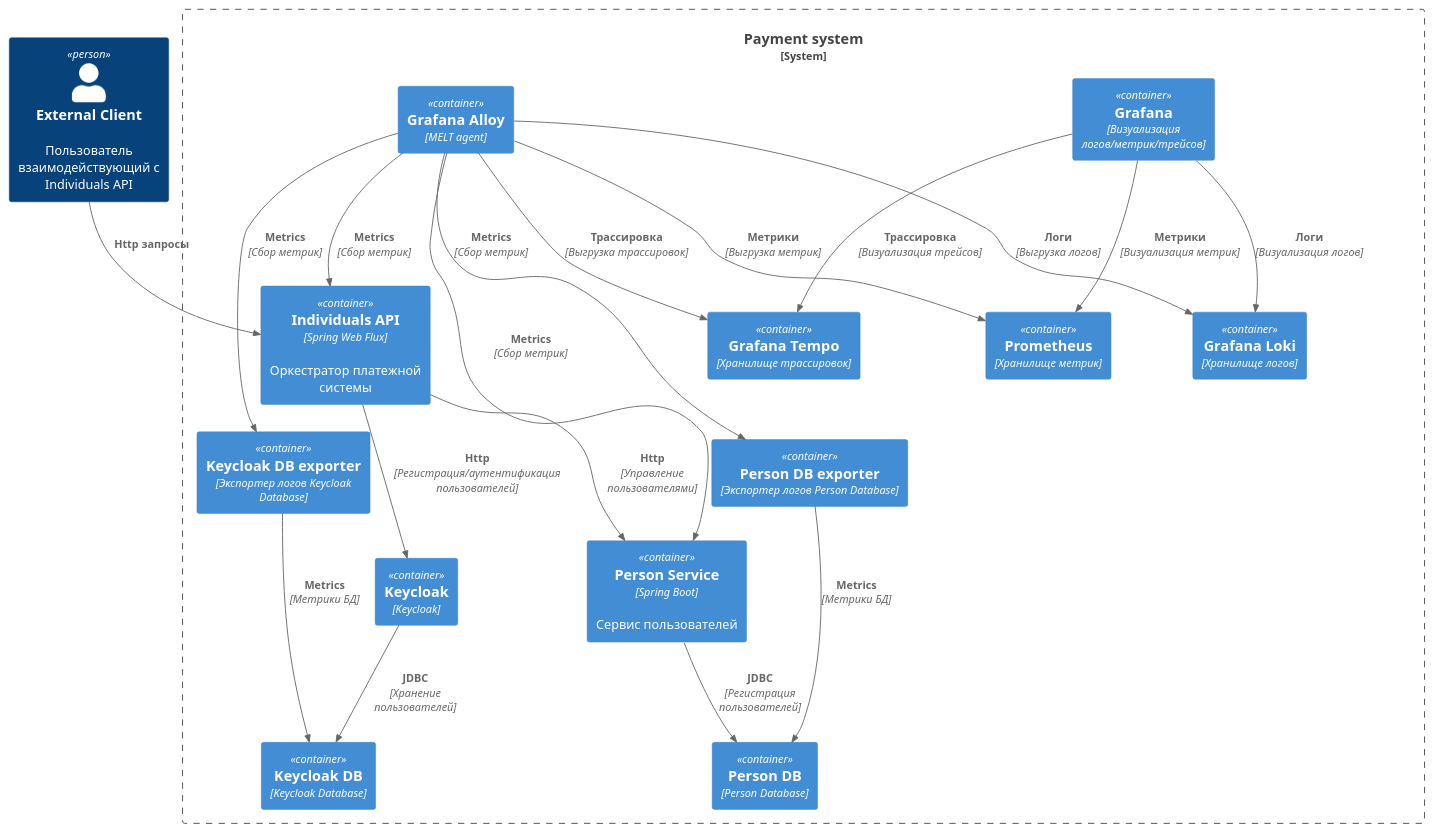
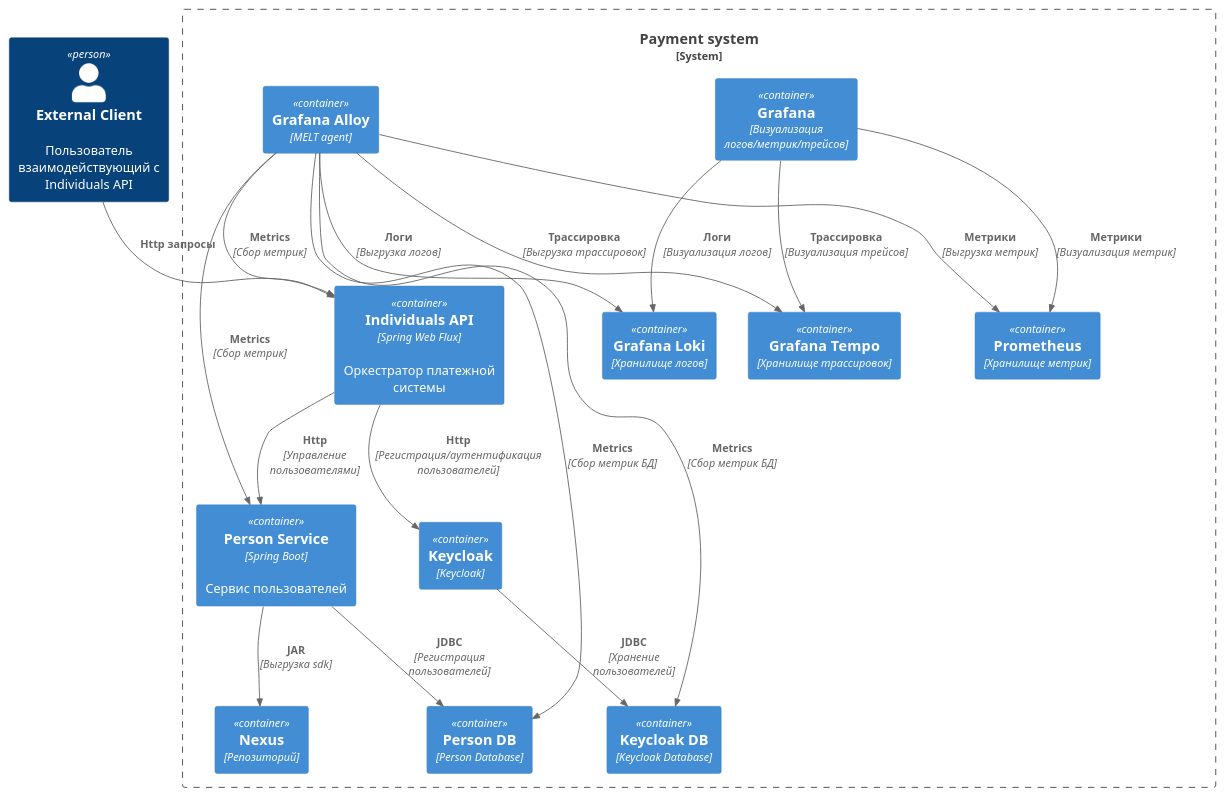
Before and after one commit to diamam90/payment-system: the diagram in diagram/container.puml, drawn with PlantUML. The commit also changed 7 other files, not shown here.

Commit message:
добавлены диаграммы для person-service

```diff
--- a/diagram/container.puml
+++ b/diagram/container.puml
@@ -1,44 +1,41 @@
 @startuml
 !includeurl https://raw.githubusercontent.com/plantuml-stdlib/C4-PlantUML/master/C4_Container.puml
 
 Person(client, "External Client","Пользователь взаимодействующий с Individuals API")
 
 System_Boundary(paymentSystem, "Payment system") {
 
     Container(indApi, "Individuals API", "Spring Web Flux","Оркестратор платежной системы")
     Container(personService, "Person Service", "Spring Boot", "Сервис пользователей")
     Container(kc, "Keycloak", "Keycloak")
     Container(kcDb, "Keycloak DB", "Keycloak Database")
     Container(personDb, "Person DB", "Person Database")
     Container(prometheus, "Prometheus", "Хранилище метрик")
     Container(loki, "Grafana Loki", "Хранилище логов")
     Container(tempo, "Grafana Tempo","Хранилище трассировок")
     Container(alloy, "Grafana Alloy", "MELT agent")
     Container(grafana,  "Grafana", "Визуализация логов/метрик/трейсов")
-    Container(kcDbExporter, "Keycloak DB exporter", "Экспортер логов Keycloak Database")
-    Container(personDbExporter, "Person DB exporter", "Экспортер логов Person Database")
-
+    Container(nexus,"Nexus","Репозиторий")
 }
 
 Rel(client, indApi, "Http запросы")
 Rel(indApi,personService, "Http", "Управление пользователями")
 Rel(indApi, kc, "Http", "Регистрация/аутентификация пользователей")
 Rel(kc, kcDb,"JDBC","Хранение пользователей")
 Rel(personService, personDb,"JDBC", "Регистрация пользователей")
+Rel(personService, nexus, "JAR", "Выгрузка sdk")
 
-Rel(personDbExporter, personDb, "Metrics", "Метрики БД")
-Rel(kcDbExporter, kcDb, "Metrics", "Метрики БД")
 Rel(alloy, indApi, "Metrics", "Сбор метрик")
 Rel(alloy, personService, "Metrics", "Сбор метрик")
-Rel(alloy, personDbExporter, "Metrics","Сбор метрик")
-Rel(alloy, kcDbExporter, "Metrics", "Сбор метрик")
+Rel(alloy, personDb, "Metrics","Сбор метрик БД")
+Rel(alloy, kcDb, "Metrics", "Сбор метрик БД")
 
 Rel(alloy, loki,"Логи","Выгрузка логов")
 Rel(alloy, tempo,"Трассировка","Выгрузка трассировок")
 Rel(alloy, prometheus,"Метрики","Выгрузка метрик")
 
 Rel(grafana, loki, "Логи", "Визуализация логов")
 Rel(grafana, tempo, "Трассировка", "Визуализация трейсов")
 Rel(grafana, prometheus, "Метрики", "Визуализация метрик")
 
 @enduml
```
